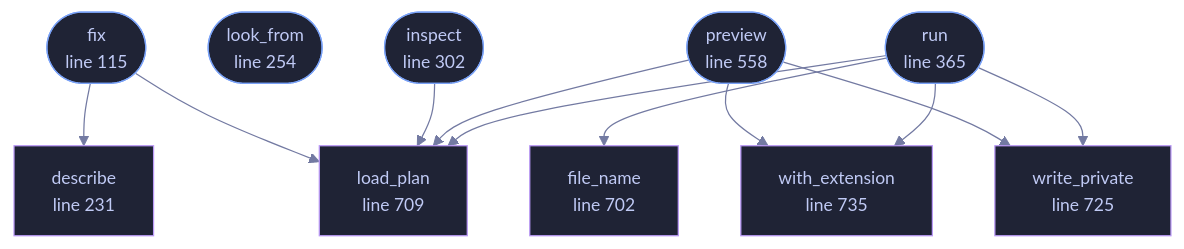
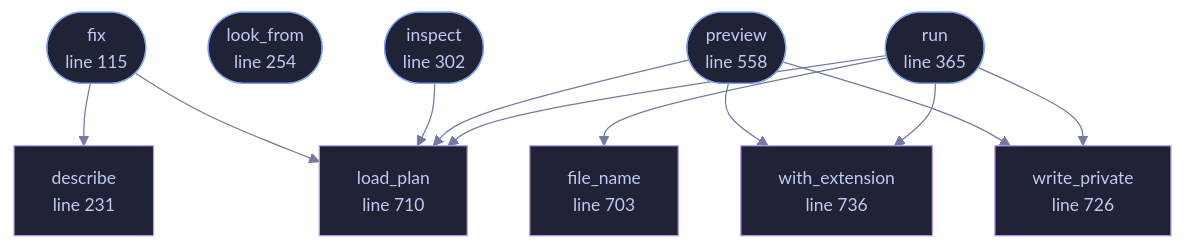
The diagram in docs/files/veilvoice-cli/conversation.md (tilas01/veilvoice), drawn with Mermaid before and after one commit. The commit also changed other lines of this file and 82 other files, not shown here.

````diff
--- a/docs/files/veilvoice-cli/conversation.md
+++ b/docs/files/veilvoice-cli/conversation.md
@@ -124,38 +124,38 @@
 ```mermaid
 %%{init: {"theme":"base","themeVariables":{"background":"#1a1b26","primaryColor":"#1f2335","primaryTextColor":"#c0caf5","primaryBorderColor":"#7aa2f7","secondaryColor":"#16161e","tertiaryColor":"#16161e","lineColor":"#737aa2","textColor":"#c0caf5","mainBkg":"#1f2335","nodeBorder":"#7aa2f7","clusterBkg":"#16161e","clusterBorder":"#2f3549","fontFamily":"ui-monospace, SFMono-Regular, Consolas, monospace","fontSize":"14px"}}}%%
 flowchart TD
     n_fix(["fix<br/>line 115"])
     n_describe["describe<br/>line 231"]
     n_look_from(["look_from<br/>line 254"])
     n_inspect(["inspect<br/>line 302"])
     n_run(["run<br/>line 365"])
     n_preview(["preview<br/>line 558"])
-    n_file_name["file_name<br/>line 702"]
-    n_load_plan["load_plan<br/>line 709"]
-    n_write_private["write_private<br/>line 725"]
-    n_with_extension["with_extension<br/>line 735"]
+    n_file_name["file_name<br/>line 703"]
+    n_load_plan["load_plan<br/>line 710"]
+    n_write_private["write_private<br/>line 726"]
+    n_with_extension["with_extension<br/>line 736"]
     n_fix --> n_describe
     n_fix --> n_load_plan
     n_inspect --> n_load_plan
     n_preview --> n_load_plan
     n_preview --> n_with_extension
     n_preview --> n_write_private
     n_run --> n_file_name
     n_run --> n_load_plan
     n_run --> n_with_extension
     n_run --> n_write_private
     click n_fix href "https://github.com/tilas01/veilvoice/blob/main/crates/veilvoice-cli/src/conversation.rs#L115" "open the source"
     click n_describe href "https://github.com/tilas01/veilvoice/blob/main/crates/veilvoice-cli/src/conversation.rs#L231" "open the source"
     click n_look_from href "https://github.com/tilas01/veilvoice/blob/main/crates/veilvoice-cli/src/conversation.rs#L254" "open the source"
     click n_inspect href "https://github.com/tilas01/veilvoice/blob/main/crates/veilvoice-cli/src/conversation.rs#L302" "open the source"
     click n_run href "https://github.com/tilas01/veilvoice/blob/main/crates/veilvoice-cli/src/conversation.rs#L365" "open the source"
     click n_preview href "https://github.com/tilas01/veilvoice/blob/main/crates/veilvoice-cli/src/conversation.rs#L558" "open the source"
-    click n_file_name href "https://github.com/tilas01/veilvoice/blob/main/crates/veilvoice-cli/src/conversation.rs#L702" "open the source"
-    click n_load_plan href "https://github.com/tilas01/veilvoice/blob/main/crates/veilvoice-cli/src/conversation.rs#L709" "open the source"
-    click n_write_private href "https://github.com/tilas01/veilvoice/blob/main/crates/veilvoice-cli/src/conversation.rs#L725" "open the source"
-    click n_with_extension href "https://github.com/tilas01/veilvoice/blob/main/crates/veilvoice-cli/src/conversation.rs#L735" "open the source"
+    click n_file_name href "https://github.com/tilas01/veilvoice/blob/main/crates/veilvoice-cli/src/conversation.rs#L703" "open the source"
+    click n_load_plan href "https://github.com/tilas01/veilvoice/blob/main/crates/veilvoice-cli/src/conversation.rs#L710" "open the source"
+    click n_write_private href "https://github.com/tilas01/veilvoice/blob/main/crates/veilvoice-cli/src/conversation.rs#L726" "open the source"
+    click n_with_extension href "https://github.com/tilas01/veilvoice/blob/main/crates/veilvoice-cli/src/conversation.rs#L736" "open the source"
     classDef entry fill:#1f2335,stroke:#7aa2f7,color:#c0caf5
     class n_fix,n_look_from,n_inspect,n_run,n_preview entry
     classDef helper fill:#1f2335,stroke:#bb9af7,color:#c0caf5
     class n_describe,n_file_name,n_load_plan,n_write_private,n_with_extension helper
 ```
````
